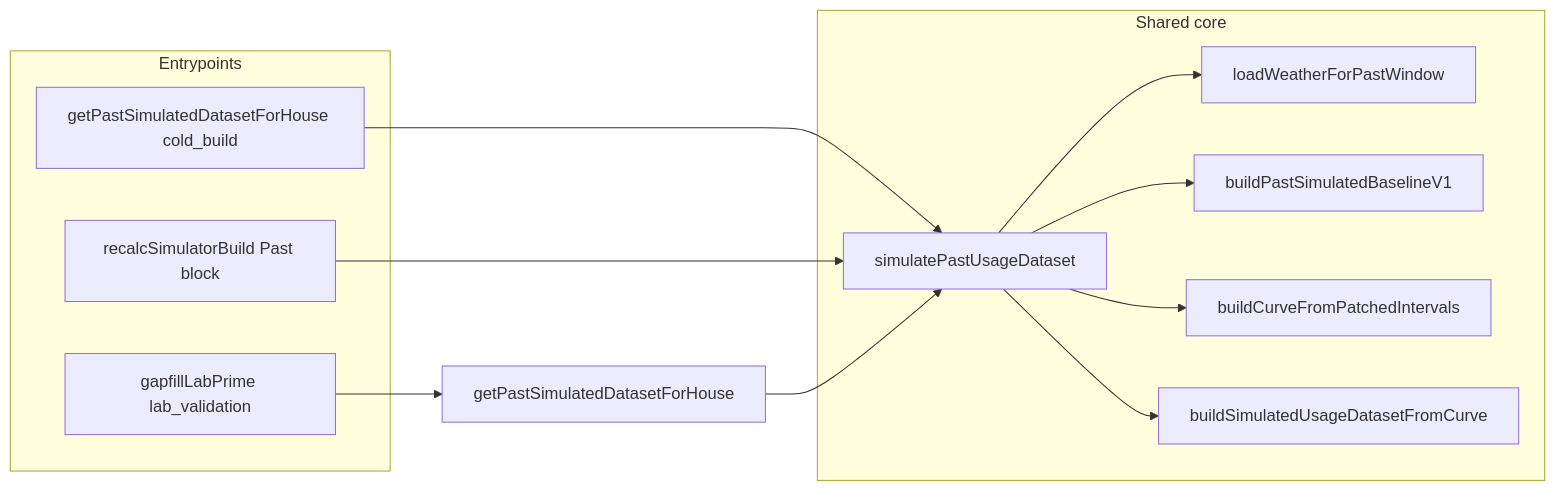
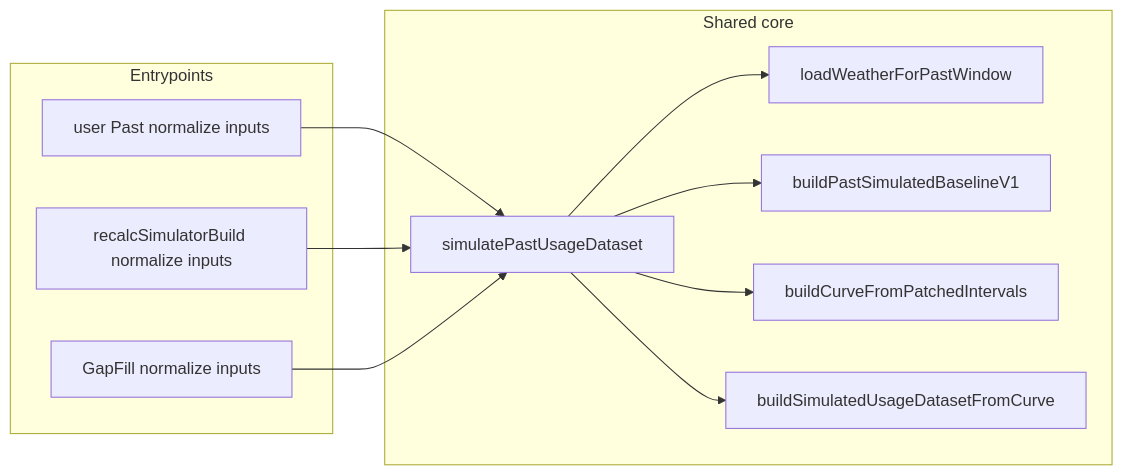
The diagram in docs/PAST_SHARED_CORE_UNIFICATION_PLAN.md (bllfield/intelliwatt), drawn with Mermaid before and after one commit. The commit also changed other lines of this file and 5 other files, not shown here.

First line of the commit message:
fix(simulation): unify user and gapfill pre-db producer path

````diff
--- a/docs/PAST_SHARED_CORE_UNIFICATION_PLAN.md
+++ b/docs/PAST_SHARED_CORE_UNIFICATION_PLAN.md
@@ -95,23 +95,22 @@
 ```mermaid
 flowchart LR
   subgraph entry [Entrypoints]
-    cold[getPastSimulatedDatasetForHouse cold_build]
-    recalc[recalcSimulatorBuild Past block]
-    lab[gapfillLabPrime lab_validation]
+    user[user Past normalize inputs]
+    recalc[recalcSimulatorBuild normalize inputs]
+    lab[GapFill normalize inputs]
   end
   subgraph shared [Shared core]
     sim[simulatePastUsageDataset]
     wx[loadWeatherForPastWindow]
     engine[buildPastSimulatedBaselineV1]
     curve[buildCurveFromPatchedIntervals]
     dataset[buildSimulatedUsageDatasetFromCurve]
   end
-  cold --> sim
+  user --> sim
   recalc --> sim
-  lab --> getPast[getPastSimulatedDatasetForHouse]
-  getPast --> sim
+  lab --> sim
   sim --> wx
   sim --> engine
   sim --> curve
   sim --> dataset
 ```
````
